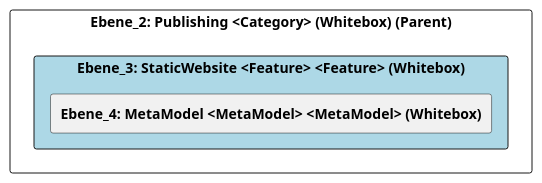
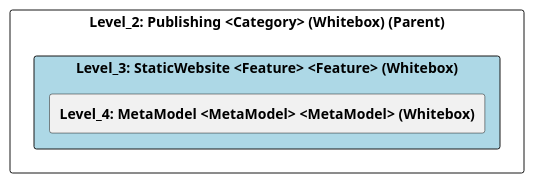
The diagram in doc/cleonproject_deliverables_architecture_model_architecture/adoc/de/05_bausteinsicht/cleon/publishing/staticwebsite/ebene_3_staticwebsite.adoc (marcozwyssig/cleon), drawn with PlantUML before and after one commit. The commit also changed other lines of this file and 83 other files, not shown here.

```diff
--- a/doc/cleonproject_deliverables_architecture_model_architecture/adoc/de/05_bausteinsicht/cleon/publishing/staticwebsite/ebene_3_staticwebsite.adoc
+++ b/doc/cleonproject_deliverables_architecture_model_architecture/adoc/de/05_bausteinsicht/cleon/publishing/staticwebsite/ebene_3_staticwebsite.adoc
@@ -20,24 +20,24 @@
-[plantuml, Ebene_3: StaticWebsite <Feature> <Feature> (Whitebox)BlockOverview, format="svg"]
+[plantuml, Level_3: StaticWebsite <Feature> <Feature> (Whitebox)BlockOverview, format="svg"]
 ----
-@startuml Ebene_3: StaticWebsite <Feature> <Feature> (Whitebox)BuildingBlockOverview
+@startuml Level_3: StaticWebsite <Feature> <Feature> (Whitebox)BuildingBlockOverview
 
 skinparam ranksep 10
 skinparam componentStyle rectangle
 skinparam shadowing false
 skinparam arrowColor lightblue
 skinparam arrowThickness 1.2
 skinparam rectangle {
   BackgroundColor White
   BorderColor #333
   RoundCorner 10
 }
 top to bottom direction
 
-component "Ebene_2: Publishing <Category> (Whitebox) (Parent)" {
-    component "Ebene_3: StaticWebsite <Feature> <Feature> (Whitebox)" #lightblue {
-        [**Ebene_4: MetaModel <MetaModel> <MetaModel> (Whitebox)**] as 4A570577_D579_11EE_903E_9F564E4DE07E
+component "Level_2: Publishing <Category> (Whitebox) (Parent)" {
+    component "Level_3: StaticWebsite <Feature> <Feature> (Whitebox)" #lightblue {
+        [**Level_4: MetaModel <MetaModel> <MetaModel> (Whitebox)**] as 4A570577_D579_11EE_903E_9F564E4DE07E
     }
 }
 
 @enduml
 ----
```
